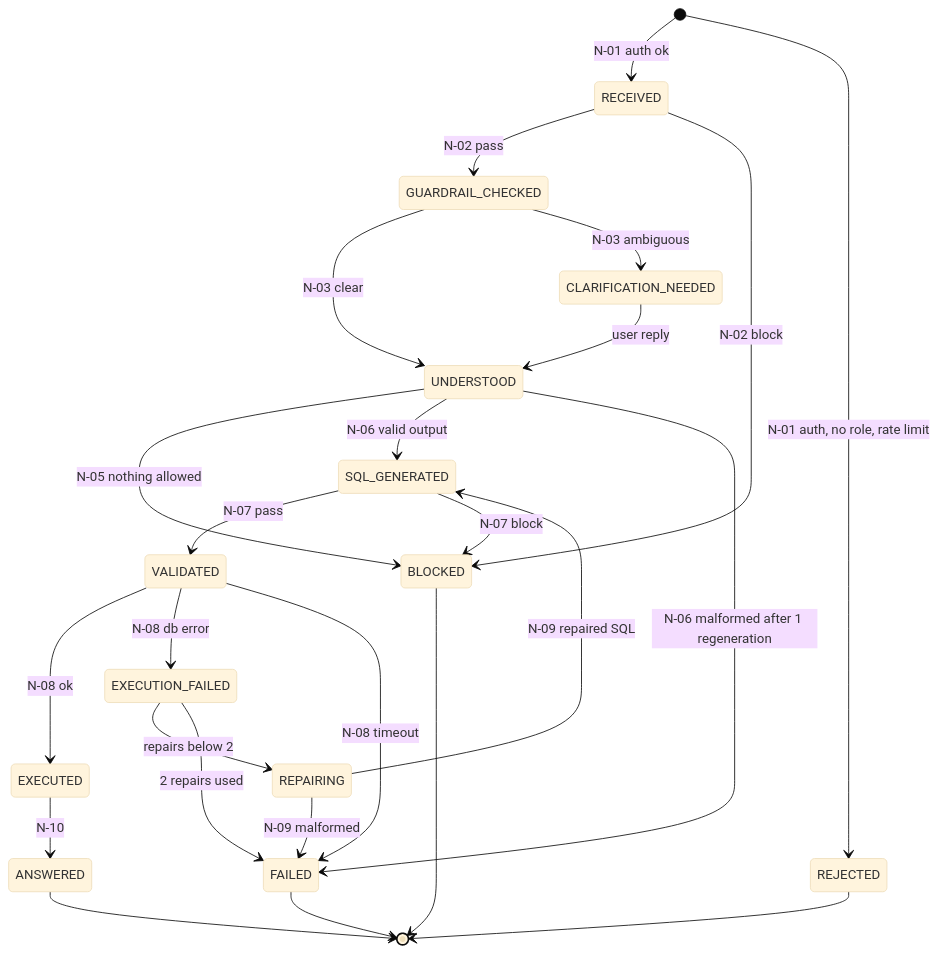
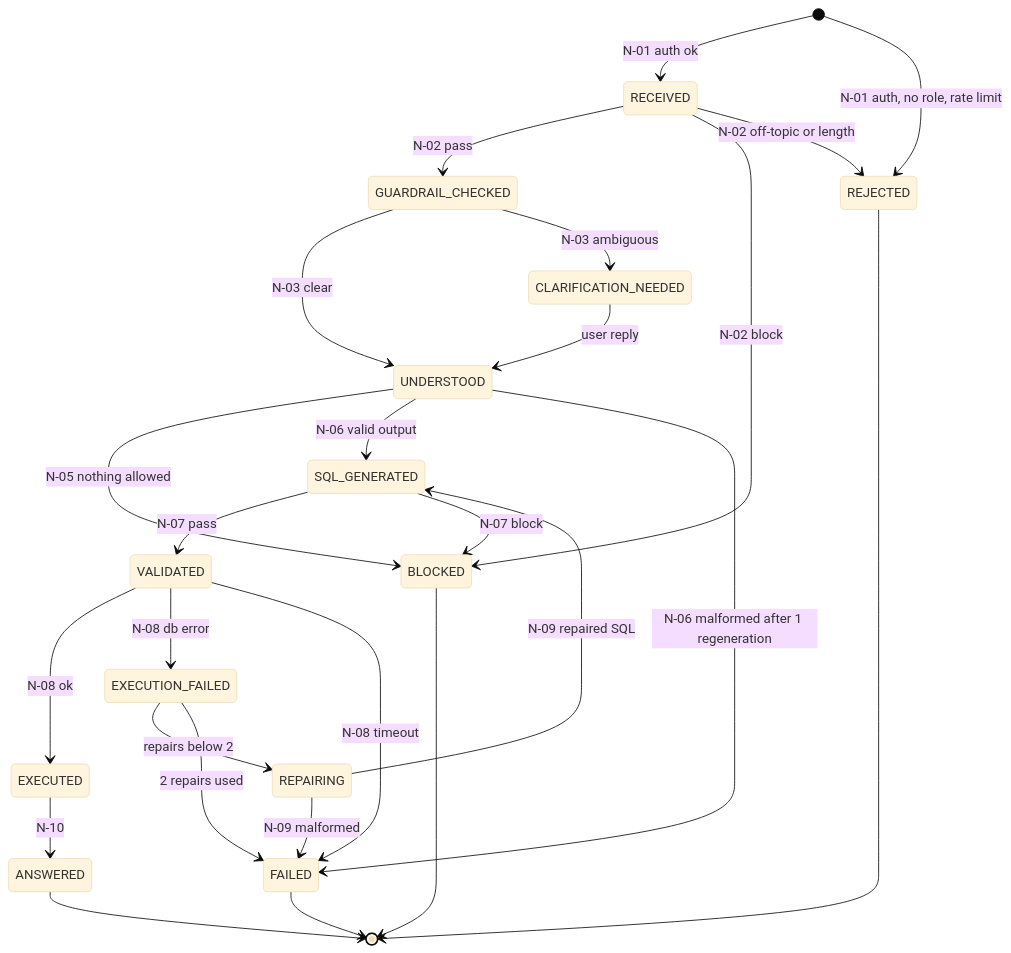
Before and after one commit to hassankhursheed/self-service-data-analyst-agent: the diagram in docs/design/langgraph-design.md, drawn with Mermaid (base theme). The commit also changed other lines of this file and 18 other files, not shown here.

Commit message:
Add graph skeleton with intake and guardrails

````diff
--- a/docs/design/langgraph-design.md
+++ b/docs/design/langgraph-design.md
@@ -91,27 +92,28 @@
 ```mermaid
 stateDiagram-v2
     [*] --> RECEIVED: N-01 auth ok
     [*] --> REJECTED: N-01 auth, no role, rate limit
     RECEIVED --> GUARDRAIL_CHECKED: N-02 pass
     RECEIVED --> BLOCKED: N-02 block
+    RECEIVED --> REJECTED: N-02 off-topic or length
     GUARDRAIL_CHECKED --> UNDERSTOOD: N-03 clear
     GUARDRAIL_CHECKED --> CLARIFICATION_NEEDED: N-03 ambiguous
     CLARIFICATION_NEEDED --> UNDERSTOOD: user reply
     UNDERSTOOD --> BLOCKED: N-05 nothing allowed
     UNDERSTOOD --> SQL_GENERATED: N-06 valid output
     UNDERSTOOD --> FAILED: N-06 malformed after 1 regeneration
     SQL_GENERATED --> VALIDATED: N-07 pass
     SQL_GENERATED --> BLOCKED: N-07 block
     VALIDATED --> EXECUTED: N-08 ok
     VALIDATED --> EXECUTION_FAILED: N-08 db error
     VALIDATED --> FAILED: N-08 timeout
     EXECUTION_FAILED --> REPAIRING: repairs below 2
     EXECUTION_FAILED --> FAILED: 2 repairs used
     REPAIRING --> SQL_GENERATED: N-09 repaired SQL
     REPAIRING --> FAILED: N-09 malformed
     EXECUTED --> ANSWERED: N-10
     ANSWERED --> [*]
     BLOCKED --> [*]
     REJECTED --> [*]
     FAILED --> [*]
 ```
````
